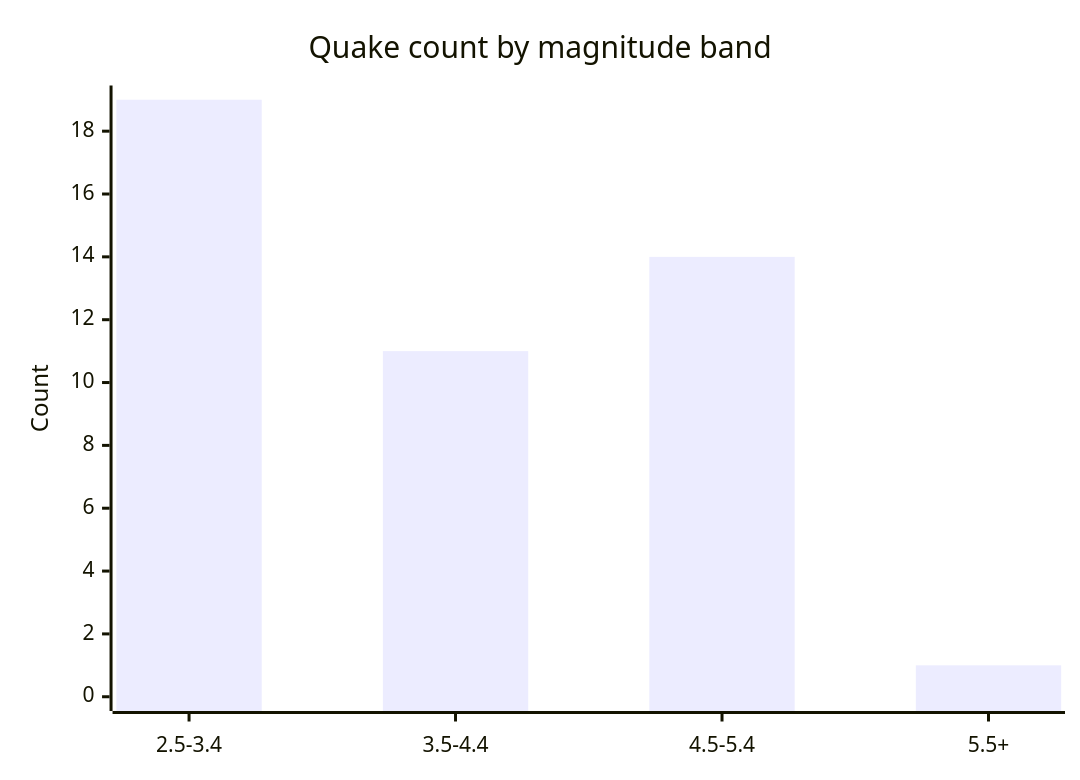
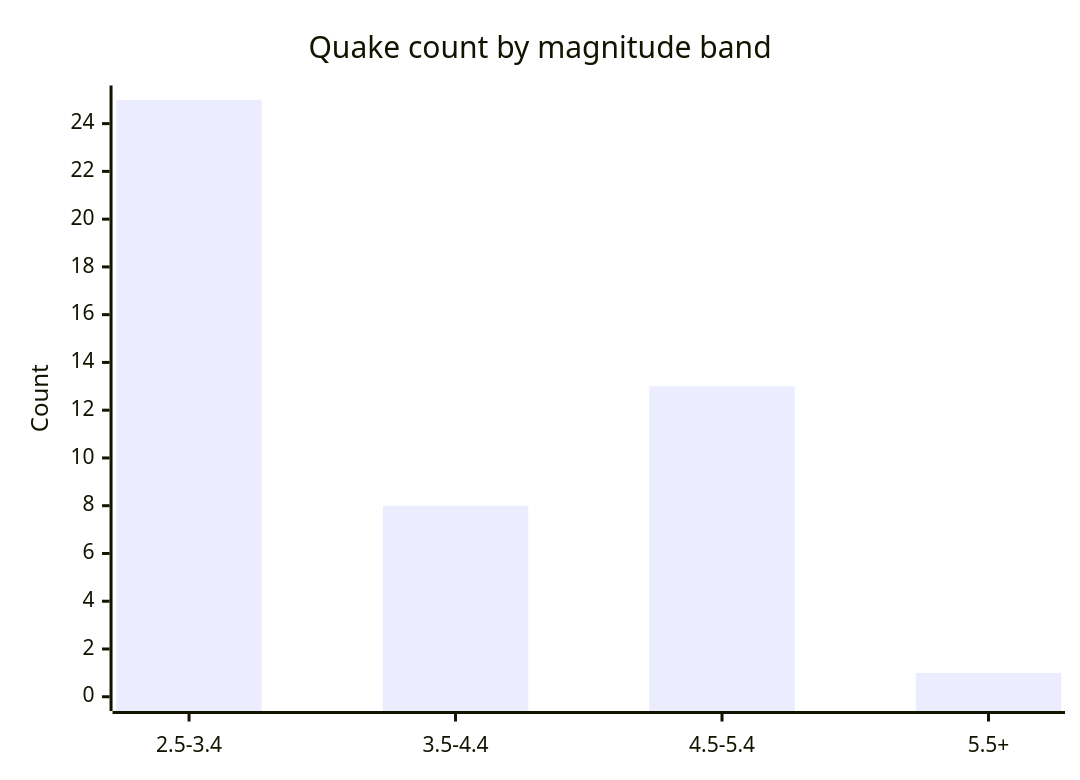
Before and after one commit to Midwest-Stratospheric/aerostratospheric-defense-gir: the fifth of 6 diagrams in docs/GRAPHS.md, drawn with Mermaid. The commit also changed other lines of this file and 24 other files, not shown here.

````diff
--- a/docs/GRAPHS.md
+++ b/docs/GRAPHS.md
@@ -82,7 +82,7 @@
 ```mermaid
 xychart-beta
   title "Quake count by magnitude band"
   x-axis ["2.5-3.4", "3.5-4.4", "4.5-5.4", "5.5+"]
-  y-axis "Count" 0 --> 19
-  bar [19, 11, 14, 1]
+  y-axis "Count" 0 --> 25
+  bar [25, 8, 13, 1]
 ```
````
